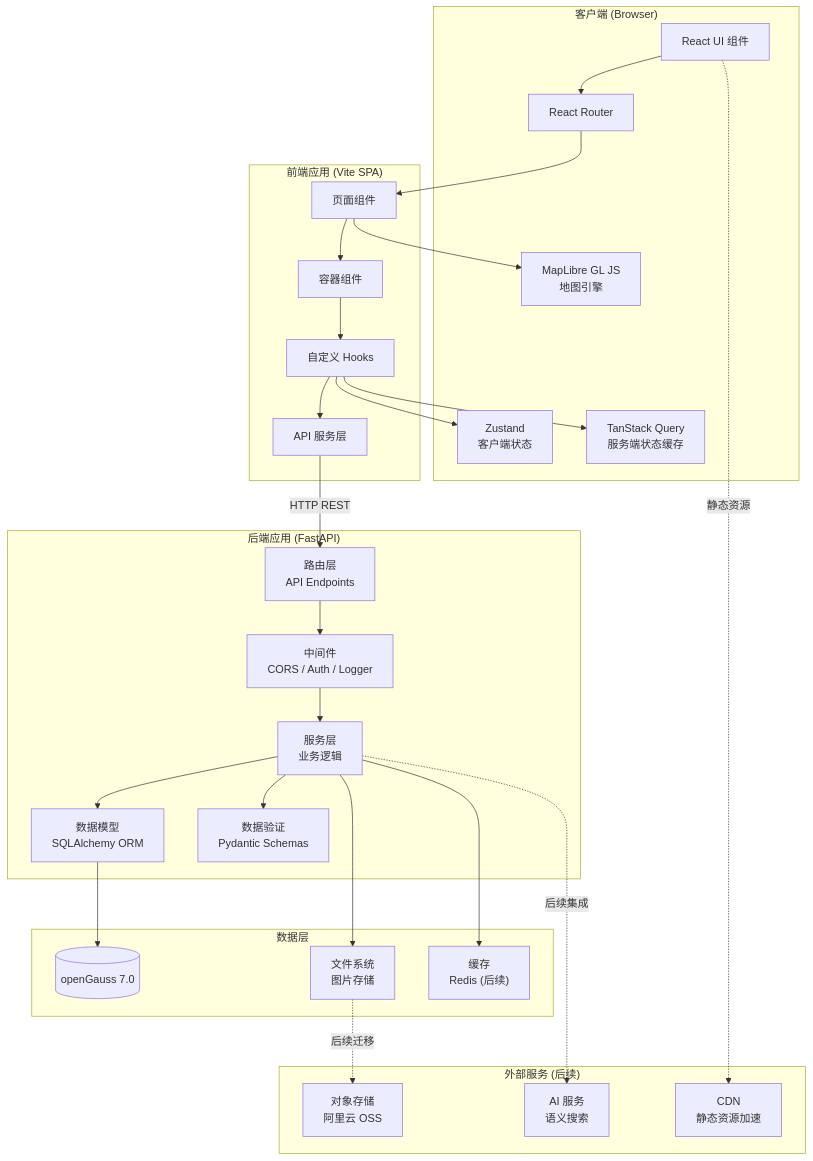
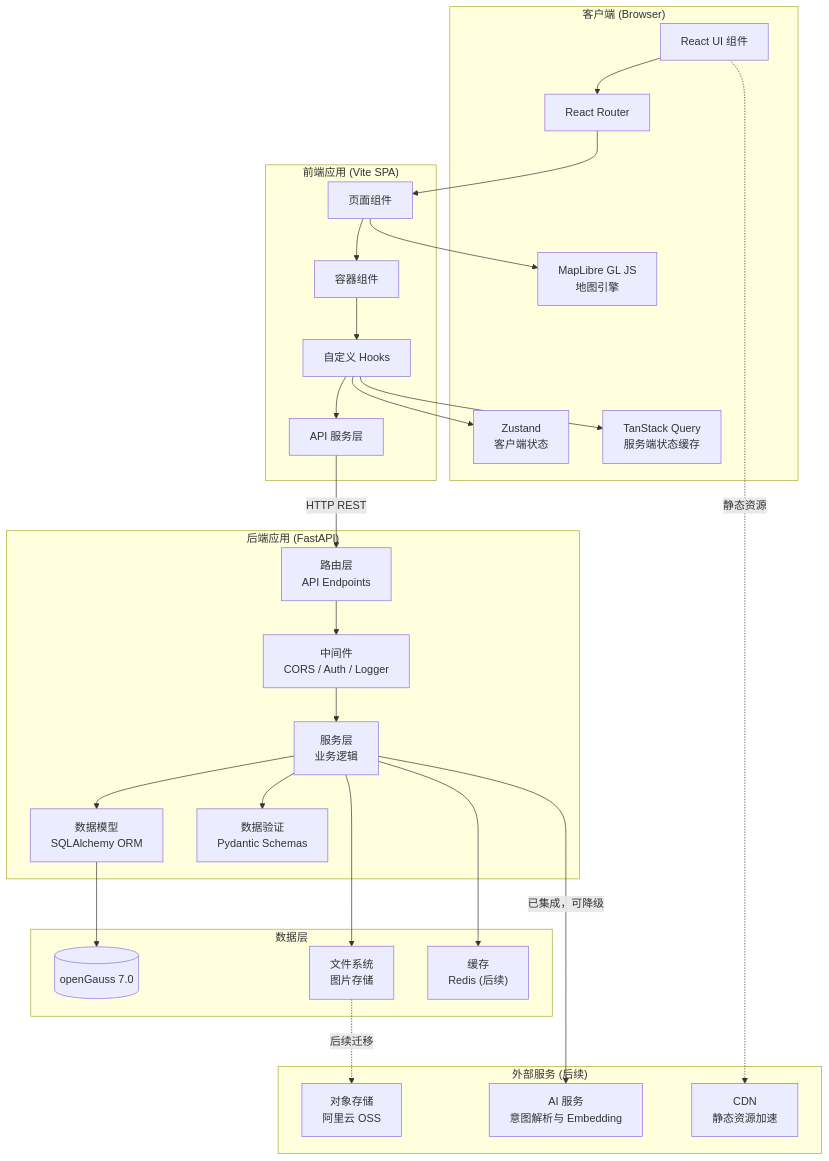
One commit to ChadBi/moment-campus-opengauss changed the diagram in docs/11_technical_architecture.md. Above: the diagram before and after it, drawn with Mermaid. The commit also changed other lines of this file and 59 other files, not shown here.

````diff
--- a/docs/11_technical_architecture.md
+++ b/docs/11_technical_architecture.md
@@ -65,60 +66,60 @@
 ```mermaid
 graph TD
     subgraph 客户端["客户端 (Browser)"]
         UI["React UI 组件"]
         Router["React Router"]
         Zustand["Zustand<br/>客户端状态"]
         TQ["TanStack Query<br/>服务端状态缓存"]
         MapLibre["MapLibre GL JS<br/>地图引擎"]
     end
 
     subgraph 前端应用["前端应用 (Vite SPA)"]
         Pages["页面组件"]
         Containers["容器组件"]
         Hooks["自定义 Hooks"]
         Services["API 服务层"]
     end
 
     subgraph 后端应用["后端应用 (FastAPI)"]
         Router2["路由层<br/>API Endpoints"]
         Middleware["中间件<br/>CORS / Auth / Logger"]
         Services2["服务层<br/>业务逻辑"]
         Models["数据模型<br/>SQLAlchemy ORM"]
         Schemas["数据验证<br/>Pydantic Schemas"]
     end
 
     subgraph 数据层["数据层"]
         DB[(openGauss 7.0)]
         FS["文件系统<br/>图片存储"]
         Cache["缓存<br/>Redis (后续)"]
     end
 
     subgraph 外部服务["外部服务 (后续)"]
         OSS["对象存储<br/>阿里云 OSS"]
-        AI["AI 服务<br/>语义搜索"]
+        AI["AI 服务<br/>意图解析与 Embedding"]
         CDN["CDN<br/>静态资源加速"]
     end
 
     UI --> Router
     Router --> Pages
     Pages --> Containers
     Containers --> Hooks
     Hooks --> Zustand
     Hooks --> TQ
     Pages --> MapLibre
     Hooks --> Services
 
     Services -->|HTTP REST| Router2
     Router2 --> Middleware
     Middleware --> Services2
     Services2 --> Models
     Services2 --> Schemas
 
     Models --> DB
     Services2 --> FS
     Services2 --> Cache
 
     FS -.->|后续迁移| OSS
-    Services2 -.->|后续集成| AI
+    Services2 -->|已集成，可降级| AI
     UI -.->|静态资源| CDN
 ```
````
